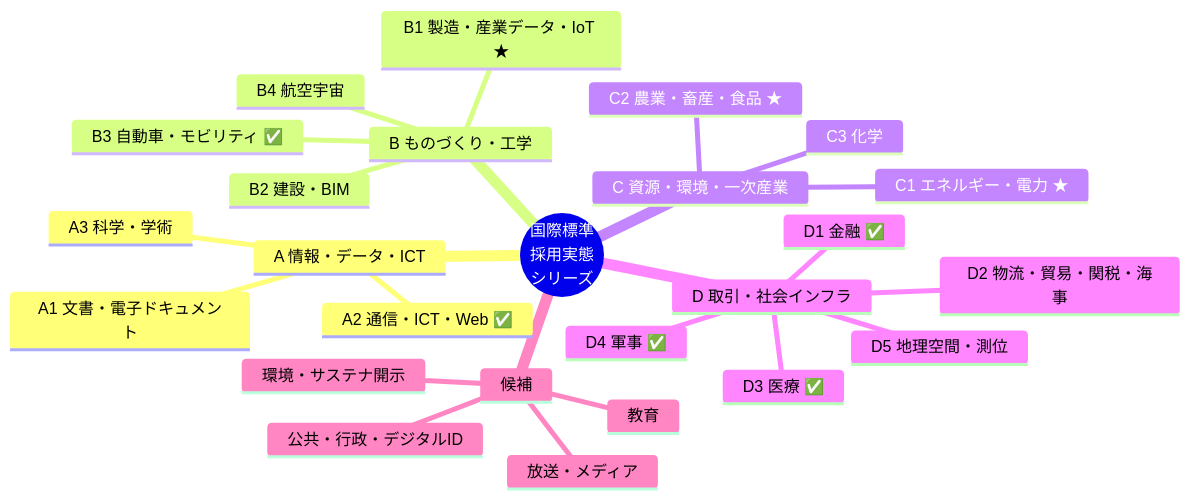
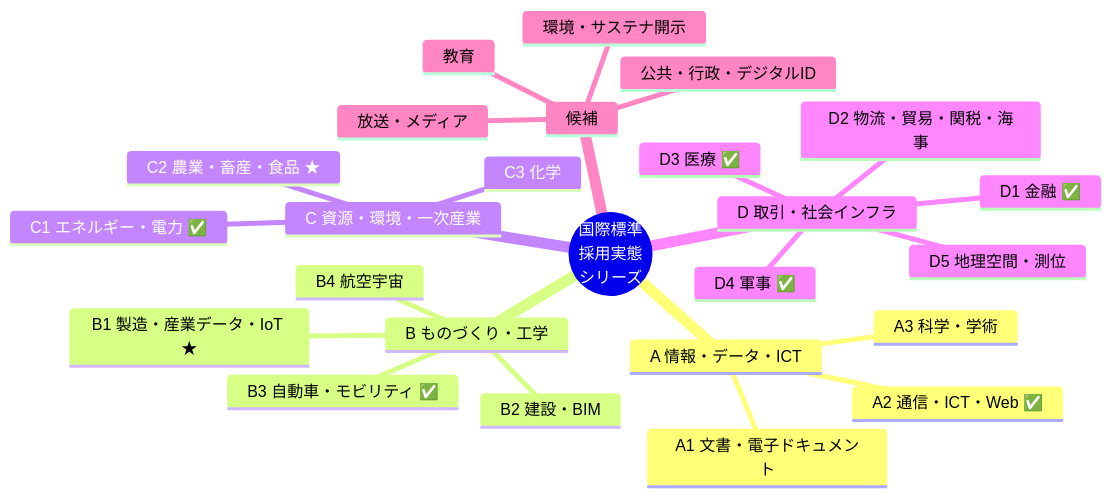
One commit to shuji-bonji/Current-Status-of-International-Standard-Adoption changed the second of 2 diagrams in 国際標準規格の採用実態_総括レポート_再編版.md. Above: the diagram before and after it, drawn with Mermaid. The commit also changed other lines of this file and 2 other files, not shown here.

Commit message:
feat: エネルギー・電力標準の総括：領域横断カタログと採用実態分析 の追加

````diff
--- a/国際標準規格の採用実態_総括レポート_再編版.md
+++ b/国際標準規格の採用実態_総括レポート_再編版.md
@@ -233,28 +234,28 @@
 ```mermaid
 mindmap
   root((国際標準<br/>採用実態<br/>シリーズ))
     A 情報・データ・ICT
       A1 文書・電子ドキュメント
       A2 通信・ICT・Web ✅
       A3 科学・学術
     B ものづくり・工学
       B1 製造・産業データ・IoT ★
       B2 建設・BIM
       B3 自動車・モビリティ ✅
       B4 航空宇宙
     C 資源・環境・一次産業
-      C1 エネルギー・電力 ★
+      C1 エネルギー・電力 ✅
       C2 農業・畜産・食品 ★
       C3 化学
     D 取引・社会インフラ
       D1 金融 ✅
       D2 物流・貿易・関税・海事
       D3 医療 ✅
       D4 軍事 ✅
       D5 地理空間・測位
     候補
       放送・メディア
       環境・サステナ開示
       公共・行政・デジタルID
       教育
 ```
````
